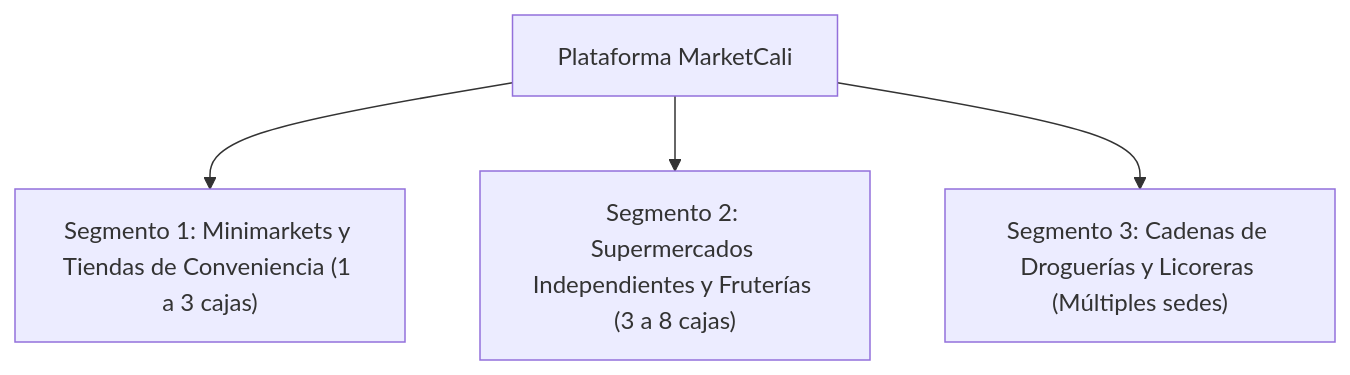
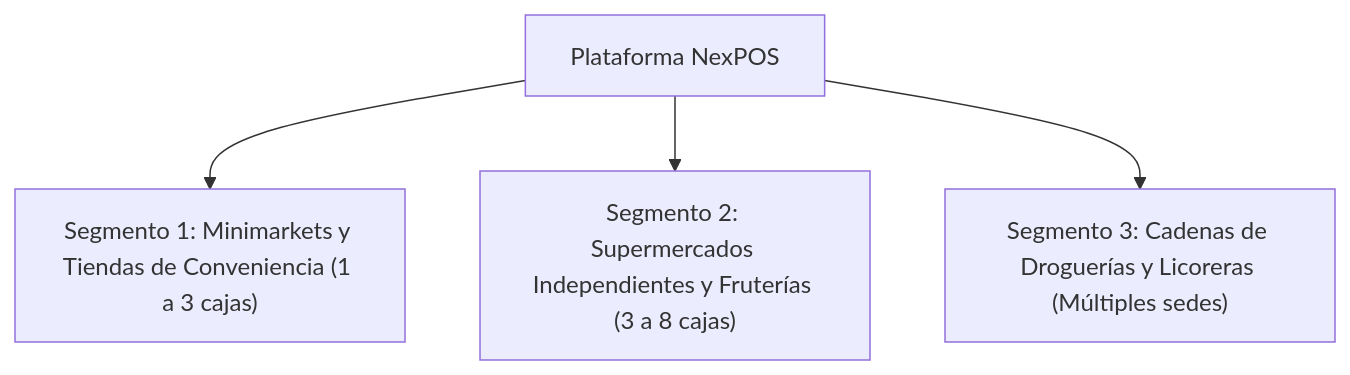
The first of 3 diagrams in docs/COMMERCIAL_ROADMAP.md (miguelortiz13/nexpos-backend), drawn with Mermaid before and after one commit. The commit also changed other lines of this file and 1 other file, not shown here.

Commit message:
docs: standardize platform branding from MarketCali to NexPOS across SDLC and roadmap

````diff
--- a/docs/COMMERCIAL_ROADMAP.md
+++ b/docs/COMMERCIAL_ROADMAP.md
@@ -44,12 +44,12 @@
 ```mermaid
 graph TD
-    MarketCali["Plataforma MarketCali"]
+    NexPOS["Plataforma NexPOS"]
     
     T1["Segmento 1: Minimarkets y Tiendas de Conveniencia (1 a 3 cajas)"]
     T2["Segmento 2: Supermercados Independientes y Fruterías (3 a 8 cajas)"]
     T3["Segmento 3: Cadenas de Droguerías y Licoreras (Múltiples sedes)"]
 
-    MarketCali --> T1
-    MarketCali --> T2
-    MarketCali --> T3
+    NexPOS --> T1
+    NexPOS --> T2
+    NexPOS --> T3
 ```
````
